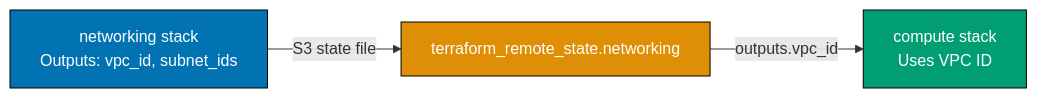
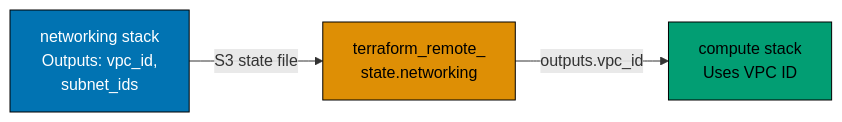
One commit to wahidyankf/ose-public changed the fifth of 9 diagrams in apps/ayokoding-www/content/en/learn/legacy/software-engineering/infrastructure/infrastructure-as-code/by-example/intermediate.md. Above: the diagram before and after it, drawn with Mermaid. The commit also changed other lines of this file and 131 other files, not shown here.

First line of the commit message:
fix(mermaid): bring the legacy data, infrastructure, and testing diagrams onto the accessible palette

````diff
--- a/apps/ayokoding-www/content/en/learn/legacy/software-engineering/infrastructure/infrastructure-as-code/by-example/intermediate.md
+++ b/apps/ayokoding-www/content/en/learn/legacy/software-engineering/infrastructure/infrastructure-as-code/by-example/intermediate.md
@@ -836,10 +856,16 @@
 ```mermaid
 %% Color Palette: Blue #0173B2, Orange #DE8F05, Teal #029E73, Purple #CC78BC, Brown #CA9161
 graph LR
-  A["networking stack<br/>Outputs: vpc_id, subnet_ids"] -->|"S3 state file"| B["terraform_remote_state.networking"]
+  accTitle: Example 44: terraformremotestate Data Source
+  accDescr: Graph with 3 nodes and 2 connections. Nodes: networking stack Outputs: vpc_id, subnet_ids, terraform_remote_ state.networking, compute stack Uses VPC ID. Connections: networking stack Outputs: vpc_id, subnet_ids to terraform_remote_ state.networking (S3 state file), terraform_remote_ state.networking to compute stack Uses VPC ID (outputs.vpc_id).
+  A["networking stack<br/>Outputs: vpc_id,<br/>subnet_ids"] -->|"S3 state file"| B["terraform_remote_<br/>state.networking"]
   B -->|"outputs.vpc_id"| C["compute stack<br/>Uses VPC ID"]
 
-  style A fill:#0173B2,stroke:#000,color:#fff
-  style B fill:#DE8F05,stroke:#000,color:#fff
-  style C fill:#029E73,stroke:#000,color:#fff
+  classDef pal-0173B2 fill:#0173B2,stroke:#000000,color:#FFFFFF
+  class A pal-0173B2
+  classDef pal-DE8F05 fill:#DE8F05,stroke:#000000,color:#000000
+  class B pal-DE8F05
+  classDef pal-029E73 fill:#029E73,stroke:#000000,color:#000000
+  class C pal-029E73
+  classDef default fill:#FFFFFF,stroke:#000000,color:#000000
 ```
````
